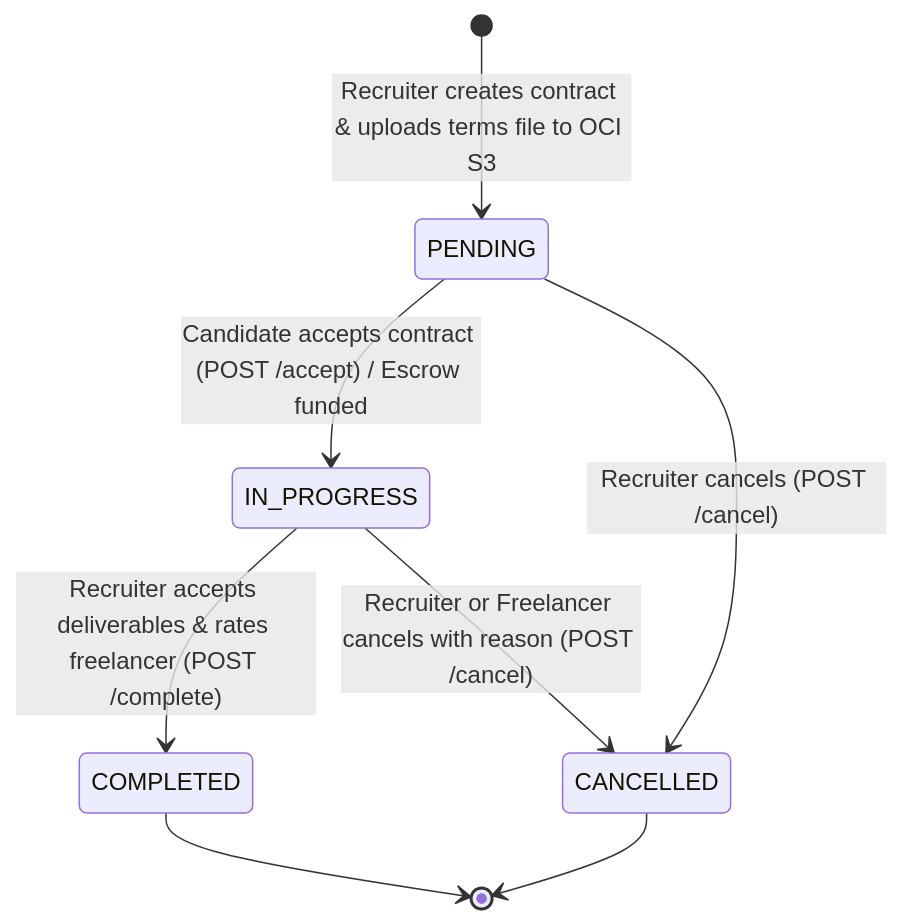
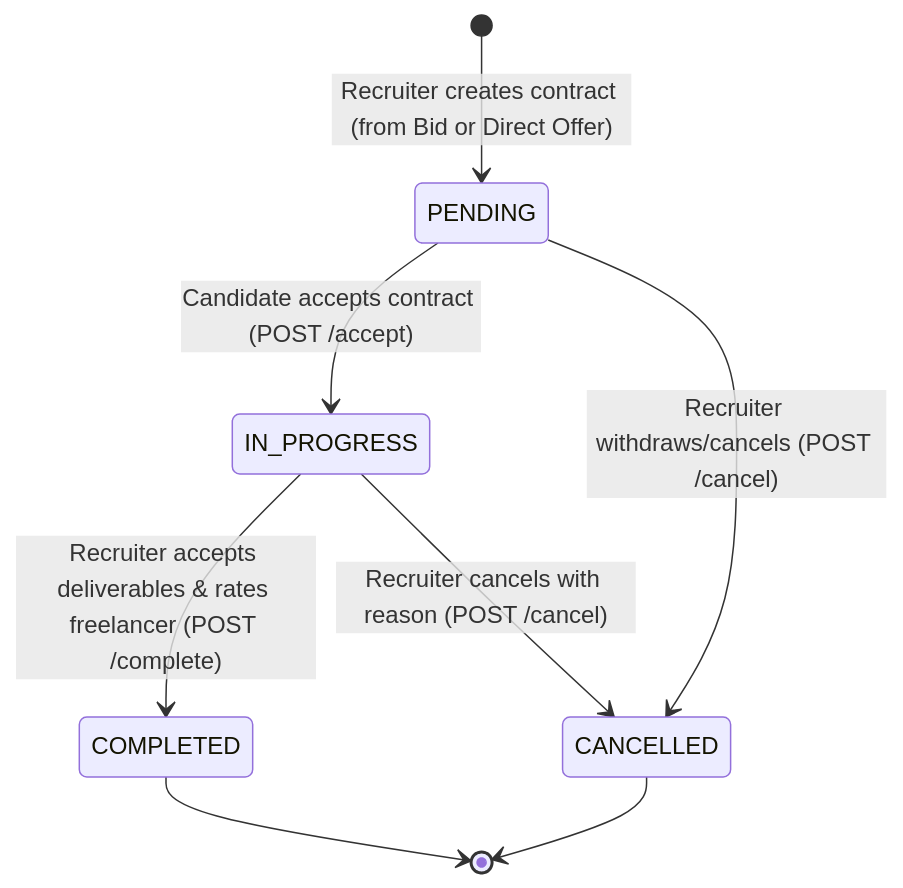
Before and after one commit to Occupify/occupify-core: the first of 2 diagrams in docs/superpowers/specs/2026-10-25-recruiter-contract-crud-design.md, drawn with Mermaid. The commit also changed other lines of this file, not shown here.

Commit message:
docs(specs): refine contract crud design with bid/offer logic and cancellation rules

````diff
--- a/docs/superpowers/specs/2026-10-25-recruiter-contract-crud-design.md
+++ b/docs/superpowers/specs/2026-10-25-recruiter-contract-crud-design.md
@@ -69,10 +79,10 @@
 ```mermaid
 stateDiagram-v2
-    [*] --> PENDING: Recruiter creates contract & uploads terms file to OCI S3
-    PENDING --> IN_PROGRESS: Candidate accepts contract (POST /accept) / Escrow funded
-    PENDING --> CANCELLED: Recruiter cancels (POST /cancel)
+    [*] --> PENDING: Recruiter creates contract (from Bid or Direct Offer)
+    PENDING --> IN_PROGRESS: Candidate accepts contract (POST /accept)
+    PENDING --> CANCELLED: Recruiter withdraws/cancels (POST /cancel)
     IN_PROGRESS --> COMPLETED: Recruiter accepts deliverables & rates freelancer (POST /complete)
-    IN_PROGRESS --> CANCELLED: Recruiter or Freelancer cancels with reason (POST /cancel)
+    IN_PROGRESS --> CANCELLED: Recruiter cancels with reason (POST /cancel)
     COMPLETED --> [*]
     CANCELLED --> [*]
 ```
````
